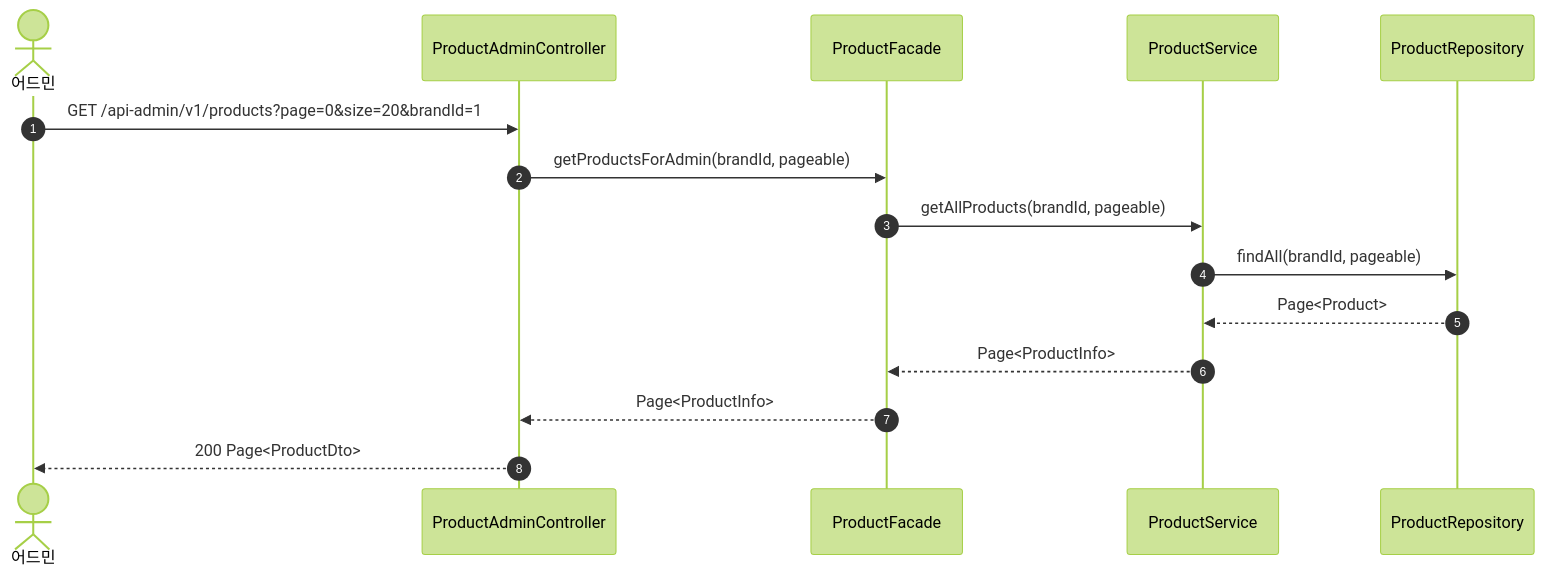
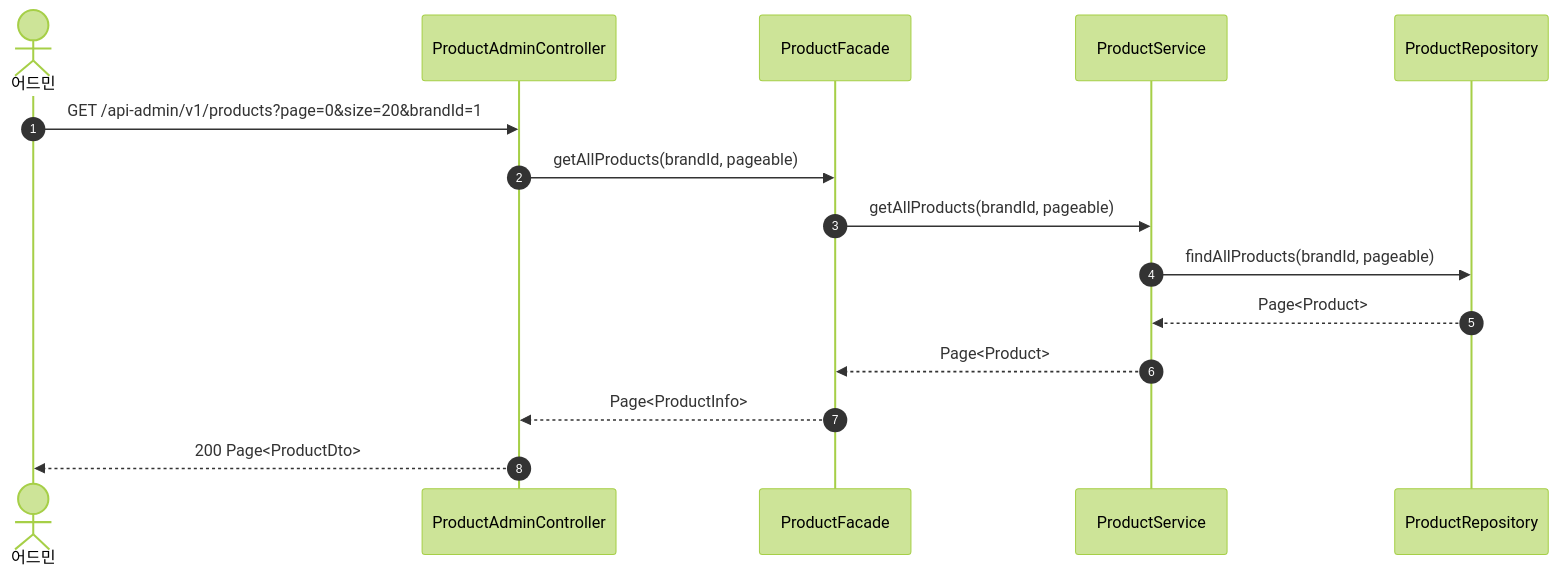
One commit to Loopers-dev-lab/loop-pack-be-l2-vol3-kotlin changed the ninth of 21 diagrams in docs/design/02-sequence-diagrams.md. Above: the diagram before and after it, drawn with Mermaid (forest theme). The commit also changed other lines of this file and 4 other files, not shown here.

````diff
--- a/docs/design/02-sequence-diagrams.md
+++ b/docs/design/02-sequence-diagrams.md
@@ -303,17 +301,17 @@
 ```mermaid
 sequenceDiagram
     autonumber
     actor Admin as 어드민
     participant C as ProductAdminController
     participant F as ProductFacade
     participant PS as ProductService
     participant PR as ProductRepository
     Admin ->> C: GET /api-admin/v1/products?page=0&size=20&brandId=1
-    C ->> F: getProductsForAdmin(brandId, pageable)
+    C ->> F: getAllProducts(brandId, pageable)
     F ->> PS: getAllProducts(brandId, pageable)
-    PS ->> PR: findAll(brandId, pageable)
+    PS ->> PR: findAllProducts(brandId, pageable)
     PR -->> PS: Page<Product>
-    PS -->> F: Page<ProductInfo>
+    PS -->> F: Page<Product>
     F -->> C: Page<ProductInfo>
     C -->> Admin: 200 Page<ProductDto>
 ```
````
